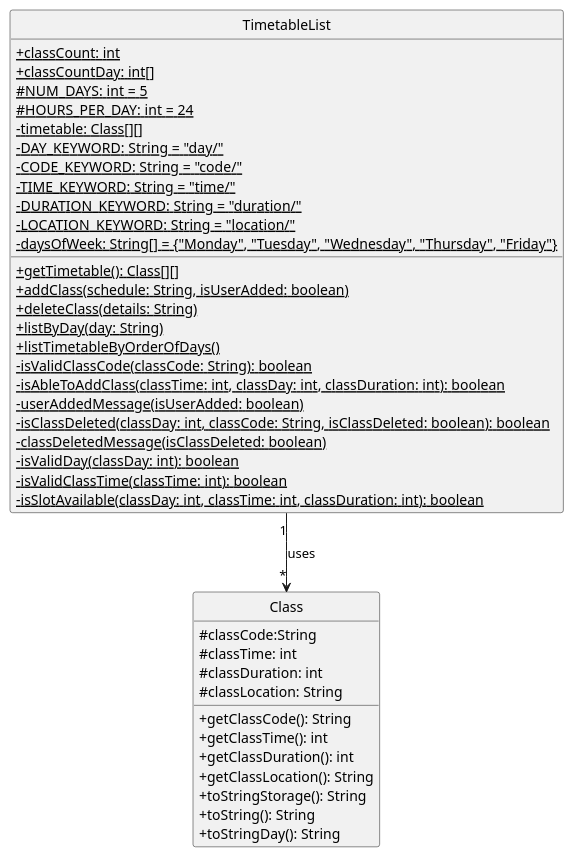
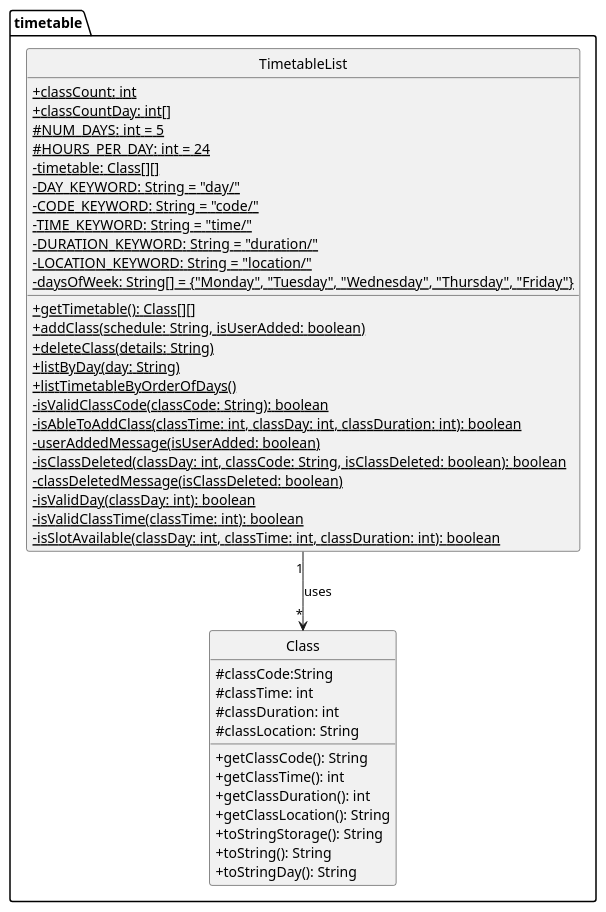
The diagram in docs/diagrams/classdiagram/Timetable.puml (nyh3/tp), drawn with PlantUML before and after one commit. The commit also changed 4 other files, not shown here.

Commit message:
Add sequence diagram for process command

```diff
--- a/docs/diagrams/classdiagram/Timetable.puml
+++ b/docs/diagrams/classdiagram/Timetable.puml
@@ -1,49 +1,51 @@
 @startuml
 'https://plantuml.com/class-diagram
 
 hide circle
 skinparam classAttributeIconSize 0
 
-class Class{
-    # classCode:String
-    # classTime: int
-    # classDuration: int
-    # classLocation: String
-    + getClassCode(): String
-    + getClassTime(): int
-    + getClassDuration(): int
-    + getClassLocation(): String
-    + toStringStorage(): String
-    + toString(): String
-    + toStringDay(): String
-}
+package timetable{
+    class Class{
+        # classCode:String
+        # classTime: int
+        # classDuration: int
+        # classLocation: String
+        + getClassCode(): String
+        + getClassTime(): int
+        + getClassDuration(): int
+        + getClassLocation(): String
+        + toStringStorage(): String
+        + toString(): String
+        + toStringDay(): String
+    }
 
-class TimetableList{
-    + {static} classCount: int
-    + {static} classCountDay: int[]
-    # {static} NUM_DAYS: int = 5
-    # {static} HOURS_PER_DAY: int = 24
-    - {static} timetable: Class[][]
-    - {static} DAY_KEYWORD: String = "day/"
-    - {static} CODE_KEYWORD: String = "code/"
-    - {static} TIME_KEYWORD: String = "time/"
-    - {static} DURATION_KEYWORD: String = "duration/"
-    - {static} LOCATION_KEYWORD: String = "location/"
-    - {static} daysOfWeek: String[] = {"Monday", "Tuesday", "Wednesday", "Thursday", "Friday"}
-    + {static} getTimetable(): Class[][]
-    + {static} addClass(schedule: String, isUserAdded: boolean)
-    + {static} deleteClass(details: String)
-    + {static} listByDay(day: String)
-    + {static} listTimetableByOrderOfDays()
-    - {static} isValidClassCode(classCode: String): boolean
-    - {static} isAbleToAddClass(classTime: int, classDay: int, classDuration: int): boolean
-    - {static} userAddedMessage(isUserAdded: boolean)
-    - {static} isClassDeleted(classDay: int, classCode: String, isClassDeleted: boolean): boolean
-    - {static} classDeletedMessage(isClassDeleted: boolean)
-    - {static} isValidDay(classDay: int): boolean
-    - {static} isValidClassTime(classTime: int): boolean
-    - {static} isSlotAvailable(classDay: int, classTime: int, classDuration: int): boolean
+    class TimetableList{
+        + {static} classCount: int
+        + {static} classCountDay: int[]
+        # {static} NUM_DAYS: int = 5
+        # {static} HOURS_PER_DAY: int = 24
+        - {static} timetable: Class[][]
+        - {static} DAY_KEYWORD: String = "day/"
+        - {static} CODE_KEYWORD: String = "code/"
+        - {static} TIME_KEYWORD: String = "time/"
+        - {static} DURATION_KEYWORD: String = "duration/"
+        - {static} LOCATION_KEYWORD: String = "location/"
+        - {static} daysOfWeek: String[] = {"Monday", "Tuesday", "Wednesday", "Thursday", "Friday"}
+        + {static} getTimetable(): Class[][]
+        + {static} addClass(schedule: String, isUserAdded: boolean)
+        + {static} deleteClass(details: String)
+        + {static} listByDay(day: String)
+        + {static} listTimetableByOrderOfDays()
+        - {static} isValidClassCode(classCode: String): boolean
+        - {static} isAbleToAddClass(classTime: int, classDay: int, classDuration: int): boolean
+        - {static} userAddedMessage(isUserAdded: boolean)
+        - {static} isClassDeleted(classDay: int, classCode: String, isClassDeleted: boolean): boolean
+        - {static} classDeletedMessage(isClassDeleted: boolean)
+        - {static} isValidDay(classDay: int): boolean
+        - {static} isValidClassTime(classTime: int): boolean
+        - {static} isSlotAvailable(classDay: int, classTime: int, classDuration: int): boolean
+    }
 }
 
 TimetableList "1" --> "*" Class: uses
 @enduml
```
